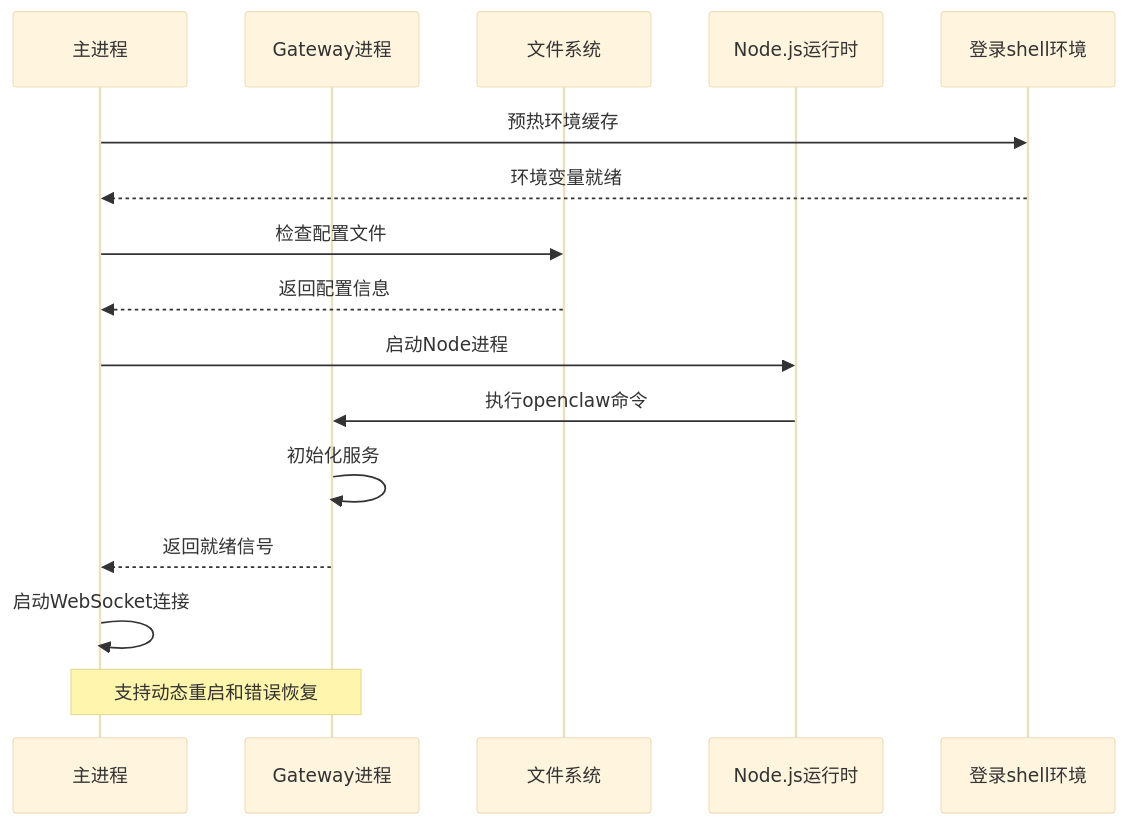
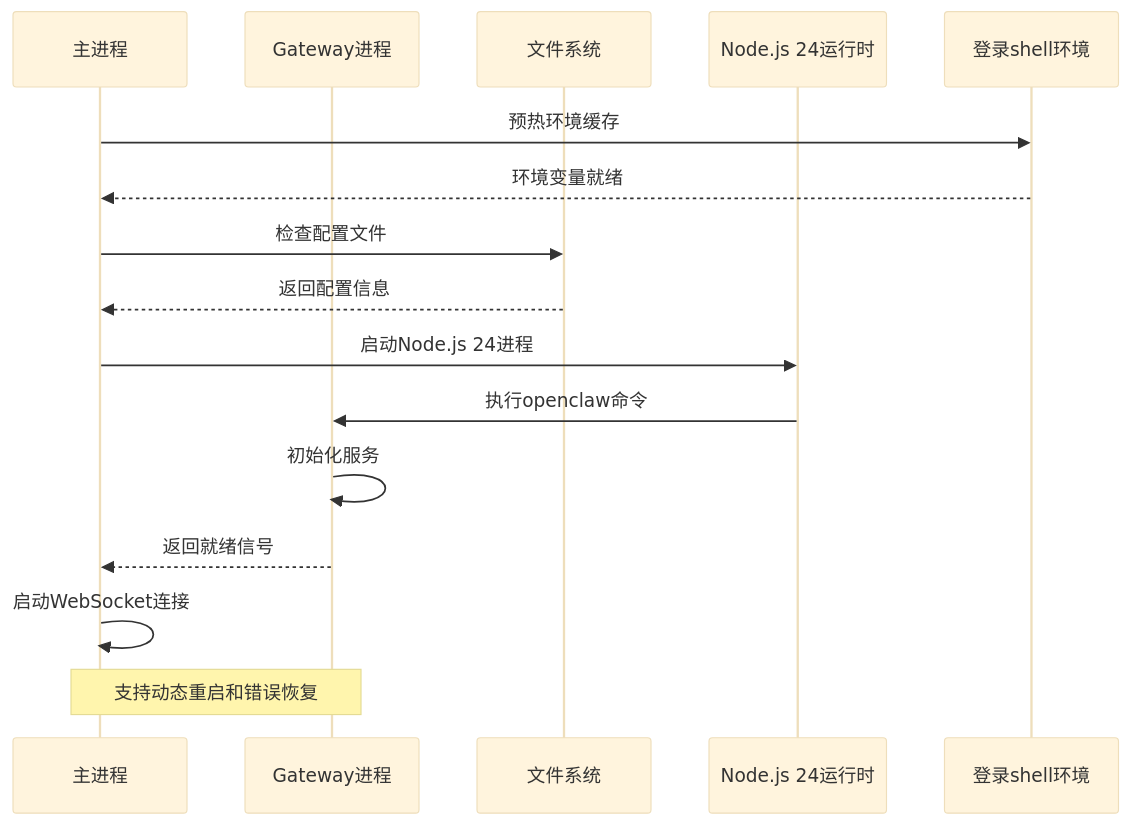
One commit to verse-ai-org/openclaw changed the sixth of 41 diagrams in .qoder/repowiki/zh/content/核心概念/Electron应用增强.md. Above: the diagram before and after it, drawn with Mermaid (base theme). The commit also changed other lines of this file and 22 other files, not shown here.

````diff
--- a/.qoder/repowiki/zh/content/核心概念/Electron应用增强.md
+++ b/.qoder/repowiki/zh/content/核心概念/Electron应用增强.md
@@ -424,18 +491,18 @@
 ```mermaid
 sequenceDiagram
 participant Main as 主进程
 participant Gateway as Gateway进程
 participant FS as 文件系统
-participant Node as Node.js运行时
+participant NodeRuntime as Node.js 24运行时
 participant ShellEnv as 登录shell环境
 Main->>ShellEnv : 预热环境缓存
 ShellEnv-->>Main : 环境变量就绪
 Main->>FS : 检查配置文件
 FS-->>Main : 返回配置信息
-Main->>Node : 启动Node进程
-Node->>Gateway : 执行openclaw命令
+Main->>NodeRuntime : 启动Node.js 24进程
+NodeRuntime->>Gateway : 执行openclaw命令
 Gateway->>Gateway : 初始化服务
 Gateway-->>Main : 返回就绪信号
 Main->>Main : 启动WebSocket连接
 Note over Main,Gateway : 支持动态重启和错误恢复
 ```
````
